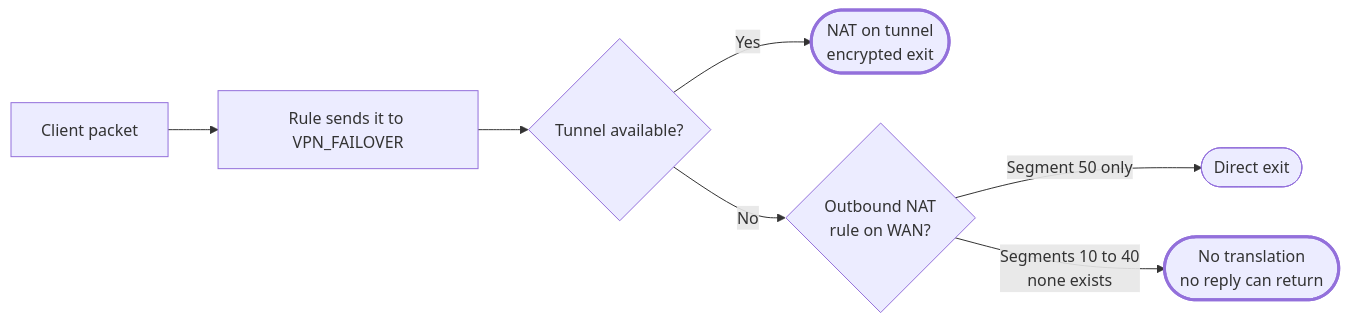
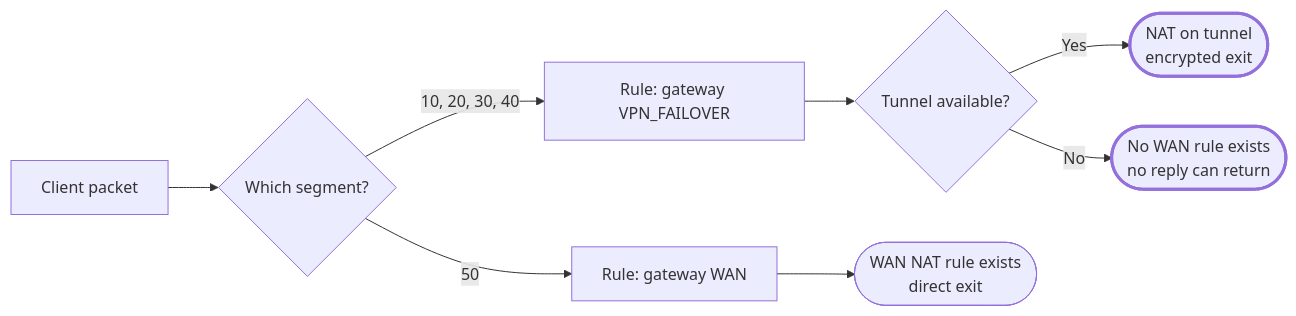
The diagram in README.md (Aj-Networks/Homelab_Router-on-a-Stick), drawn with Mermaid before and after one commit. The commit also changed other lines of this file, not shown here.

Commit message:
fix: egress diagram branch on segment not tunnel failure

````diff
--- a/README.md
+++ b/README.md
@@ -104,12 +104,13 @@
 ```mermaid
 flowchart LR
-    A[Client packet] --> B[Rule sends it to VPN_FAILOVER]
-    B --> C{Tunnel available?}
-    C -->|Yes| D([NAT on tunnel<br/>encrypted exit])
-    C -->|No| E{Outbound NAT<br/>rule on WAN?}
-    E -->|Segment 50 only| F([Direct exit])
-    E -->|Segments 10 to 40<br/>none exists| G([No translation<br/>no reply can return])
+    A[Client packet] --> B{Which segment?}
+    B -->|10, 20, 30, 40| C[Rule: gateway VPN_FAILOVER]
+    B -->|50| D[Rule: gateway WAN]
+    C --> E{Tunnel available?}
+    E -->|Yes| F([NAT on tunnel<br/>encrypted exit])
+    E -->|No| G([No WAN rule exists<br/>no reply can return])
+    D --> H([WAN NAT rule exists<br/>direct exit])
 
-    style D stroke-width:3px
+    style F stroke-width:3px
     style G stroke-width:3px
 ```
````
